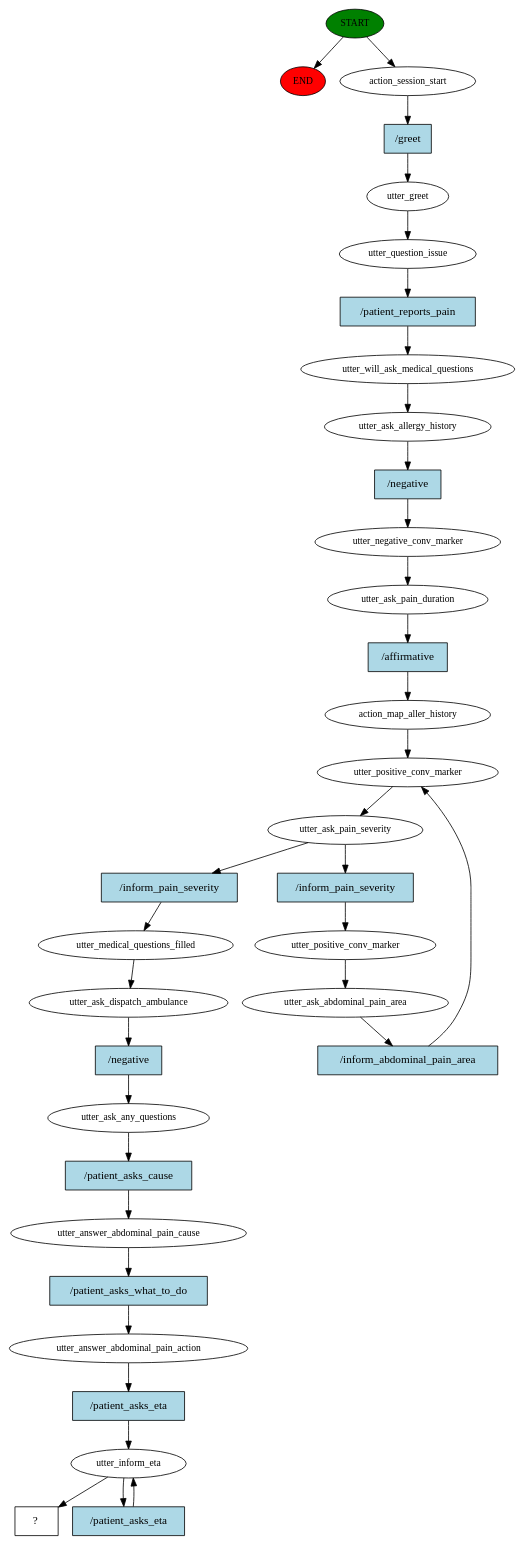
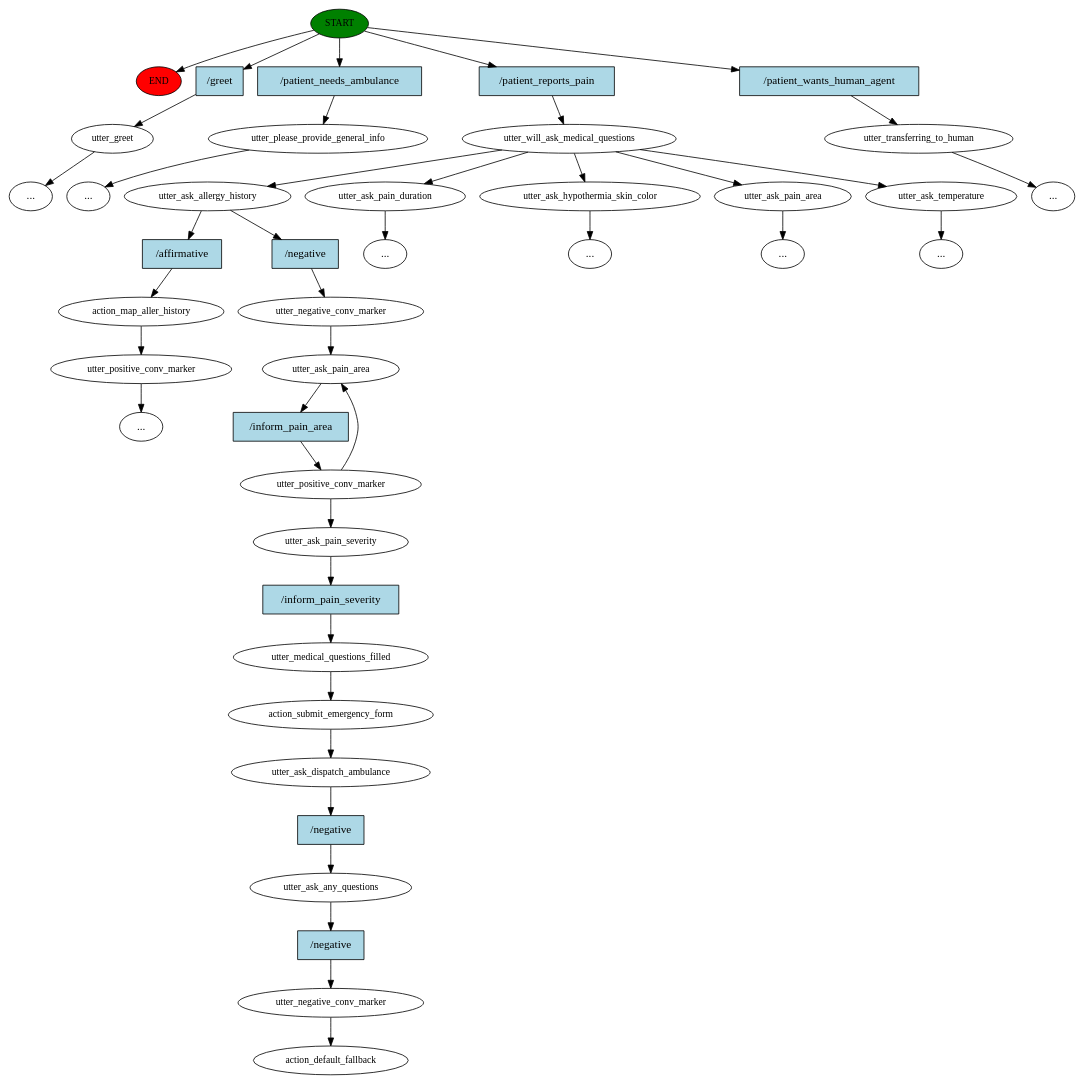
Before and after one commit to halixness/HMD-Dispatcher: the diagram in story_graph.dot, drawn with Graphviz. The commit also changed 8 other files, not shown here.

Commit message:
user QA (4/6). Fixed typos, improved conv flow (see todolist.md)

```diff
--- a/story_graph.dot
+++ b/story_graph.dot
@@ -1,69 +1,84 @@
 digraph  {
 0 [class="start active", fillcolor=green, fontsize=12, label=START, style=filled];
 "-1" [class=end, fillcolor=red, fontsize=12, label=END, style=filled];
-1 [class=active, fontsize=12, label=action_session_start];
-2 [class=active, fontsize=12, label=utter_greet];
-3 [class=active, fontsize=12, label=utter_question_issue];
+1 [class="", fontsize=12, label=utter_greet];
+"-4" [class=ellipsis, label="..."];
+3 [class="", fontsize=12, label=utter_please_provide_general_info];
+"-5" [class=ellipsis, label="..."];
 4 [class=active, fontsize=12, label=utter_will_ask_medical_questions];
 5 [class=active, fontsize=12, label=utter_ask_allergy_history];
-6 [class=active, fontsize=12, label=utter_negative_conv_marker];
-7 [class=active, fontsize=12, label=utter_ask_pain_duration];
-8 [class=active, fontsize=12, label=action_map_aller_history];
-9 [class=active, fontsize=12, label=utter_positive_conv_marker];
-10 [class=active, fontsize=12, label=utter_ask_pain_severity];
-11 [class=active, fontsize=12, label=utter_positive_conv_marker];
-12 [class=active, fontsize=12, label=utter_ask_abdominal_pain_area];
-15 [class=active, fontsize=12, label=utter_medical_questions_filled];
-16 [class=active, fontsize=12, label=utter_ask_dispatch_ambulance];
-17 [class=active, fontsize=12, label=utter_ask_any_questions];
-18 [class=active, fontsize=12, label=utter_answer_abdominal_pain_cause];
-19 [class=active, fontsize=12, label=utter_answer_abdominal_pain_action];
-20 [class=active, fontsize=12, label=utter_inform_eta];
-22 [class="intent dashed active", label="  ?  ", shape=rect];
-23 [class="intent active", fillcolor=lightblue, label="/greet", shape=rect, style=filled];
-24 [class="intent active", fillcolor=lightblue, label="/patient_reports_pain", shape=rect, style=filled];
-25 [class="intent active", fillcolor=lightblue, label="/negative", shape=rect, style=filled];
-26 [class="intent active", fillcolor=lightblue, label="/affirmative", shape=rect, style=filled];
-27 [class="intent active", fillcolor=lightblue, label="/inform_pain_severity", shape=rect, style=filled];
-28 [class="intent active", fillcolor=lightblue, label="/inform_pain_severity", shape=rect, style=filled];
-29 [class="intent active", fillcolor=lightblue, label="/inform_abdominal_pain_area", shape=rect, style=filled];
-30 [class="intent active", fillcolor=lightblue, label="/negative", shape=rect, style=filled];
-31 [class="intent active", fillcolor=lightblue, label="/patient_asks_cause", shape=rect, style=filled];
-32 [class="intent active", fillcolor=lightblue, label="/patient_asks_what_to_do", shape=rect, style=filled];
-33 [class="intent active", fillcolor=lightblue, label="/patient_asks_eta", shape=rect, style=filled];
-34 [class="intent active", fillcolor=lightblue, label="/patient_asks_eta", shape=rect, style=filled];
+6 [class="", fontsize=12, label=action_map_aller_history];
+7 [class="", fontsize=12, label=utter_positive_conv_marker];
+9 [class="", fontsize=12, label=utter_ask_pain_duration];
+13 [class="", fontsize=12, label=utter_ask_hypothermia_skin_color];
+15 [class="", fontsize=12, label=utter_ask_pain_area];
+17 [class="", fontsize=12, label=utter_ask_temperature];
+"-12" [class=ellipsis, label="..."];
+"-14" [class=ellipsis, label="..."];
+"-15" [class=ellipsis, label="..."];
+"-16" [class=ellipsis, label="..."];
+"-17" [class=ellipsis, label="..."];
+32 [class="", fontsize=12, label=utter_transferring_to_human];
+"-18" [class=ellipsis, label="..."];
+35 [class=active, fontsize=12, label=utter_negative_conv_marker];
+36 [class=active, fontsize=12, label=utter_ask_pain_area];
+37 [class=active, fontsize=12, label=utter_positive_conv_marker];
+40 [class=active, fontsize=12, label=utter_ask_pain_severity];
+41 [class=active, fontsize=12, label=utter_medical_questions_filled];
+42 [class=active, fontsize=12, label=action_submit_emergency_form];
+43 [class=active, fontsize=12, label=utter_ask_dispatch_ambulance];
+44 [class=active, fontsize=12, label=utter_ask_any_questions];
+45 [class=active, fontsize=12, label=utter_negative_conv_marker];
+46 [class="dashed active", fontsize=12, label=action_default_fallback];
+47 [class=intent, fillcolor=lightblue, label="/greet", shape=rect, style=filled];
+48 [class=intent, fillcolor=lightblue, label="/patient_needs_ambulance", shape=rect, style=filled];
+49 [class="intent active", fillcolor=lightblue, label="/patient_reports_pain", shape=rect, style=filled];
+50 [class=intent, fillcolor=lightblue, label="/patient_wants_human_agent", shape=rect, style=filled];
+51 [class=intent, fillcolor=lightblue, label="/affirmative", shape=rect, style=filled];
+52 [class="intent active", fillcolor=lightblue, label="/negative", shape=rect, style=filled];
+53 [class="intent active", fillcolor=lightblue, label="/inform_pain_area", shape=rect, style=filled];
+54 [class="intent active", fillcolor=lightblue, label="/inform_pain_severity", shape=rect, style=filled];
+55 [class="intent active", fillcolor=lightblue, label="/negative", shape=rect, style=filled];
+56 [class="intent active", fillcolor=lightblue, label="/negative", shape=rect, style=filled];
 0 -> "-1"  [class="", key=NONE, label=""];
-0 -> 1  [class=active, key=NONE, label=""];
-1 -> 23  [class=active, key=0];
-2 -> 3  [class=active, key=NONE, label=""];
-3 -> 24  [class=active, key=0];
+0 -> 47  [class="", key=0];
+0 -> 48  [class="", key=0];
+0 -> 49  [class=active, key=0];
+0 -> 50  [class="", key=0];
+1 -> "-4"  [class="", key=NONE, label=""];
+3 -> "-5"  [class="", key=NONE, label=""];
 4 -> 5  [class=active, key=NONE, label=""];
-5 -> 25  [class=active, key=0];
-6 -> 7  [class=active, key=NONE, label=""];
-7 -> 26  [class=active, key=0];
-8 -> 9  [class=active, key=NONE, label=""];
-9 -> 10  [class=active, key=NONE, label=""];
-10 -> 27  [class=active, key=0];
-10 -> 28  [class=active, key=0];
-11 -> 12  [class=active, key=NONE, label=""];
-12 -> 29  [class=active, key=0];
-15 -> 16  [class=active, key=NONE, label=""];
-16 -> 30  [class=active, key=0];
-17 -> 31  [class=active, key=0];
-18 -> 32  [class=active, key=0];
-19 -> 33  [class=active, key=0];
-20 -> 22  [class=active, key=NONE, label=""];
-20 -> 34  [class=active, key=0];
-23 -> 2  [class=active, key=0];
-24 -> 4  [class=active, key=0];
-25 -> 6  [class=active, key=0];
-26 -> 8  [class=active, key=0];
-27 -> 11  [class=active, key=0];
-28 -> 15  [class=active, key=0];
-29 -> 9  [class=active, key=0];
-30 -> 17  [class=active, key=0];
-31 -> 18  [class=active, key=0];
-32 -> 19  [class=active, key=0];
-33 -> 20  [class=active, key=0];
-34 -> 20  [class=active, key=0];
+4 -> 9  [class="", key=NONE, label=""];
+4 -> 13  [class="", key=NONE, label=""];
+4 -> 15  [class="", key=NONE, label=""];
+4 -> 17  [class="", key=NONE, label=""];
+5 -> 51  [class="", key=0];
+5 -> 52  [class=active, key=0];
+6 -> 7  [class="", key=NONE, label=""];
+7 -> "-12"  [class="", key=NONE, label=""];
+9 -> "-14"  [class="", key=NONE, label=""];
+13 -> "-15"  [class="", key=NONE, label=""];
+15 -> "-16"  [class="", key=NONE, label=""];
+17 -> "-17"  [class="", key=NONE, label=""];
+32 -> "-18"  [class="", key=NONE, label=""];
+35 -> 36  [class=active, key=NONE, label=""];
+36 -> 53  [class=active, key=0];
+37 -> 36  [class=active, key=NONE, label=""];
+37 -> 40  [class=active, key=NONE, label=""];
+40 -> 54  [class=active, key=0];
+41 -> 42  [class=active, key=NONE, label=""];
+42 -> 43  [class=active, key=NONE, label=""];
+43 -> 55  [class=active, key=0];
+44 -> 56  [class=active, key=0];
+45 -> 46  [class=active, key=NONE, label=""];
+47 -> 1  [class="", key=0];
+48 -> 3  [class="", key=0];
+49 -> 4  [class=active, key=0];
+50 -> 32  [class="", key=0];
+51 -> 6  [class="", key=0];
+52 -> 35  [class=active, key=0];
+53 -> 37  [class=active, key=0];
+54 -> 41  [class=active, key=0];
+55 -> 44  [class=active, key=0];
+56 -> 45  [class=active, key=0];
 }
```
